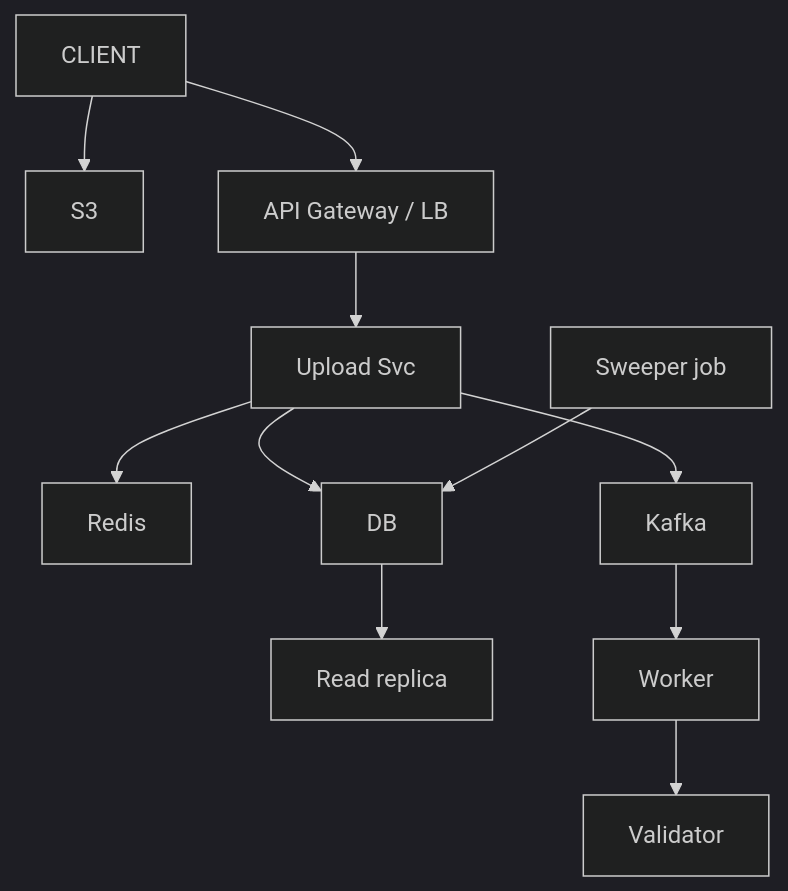
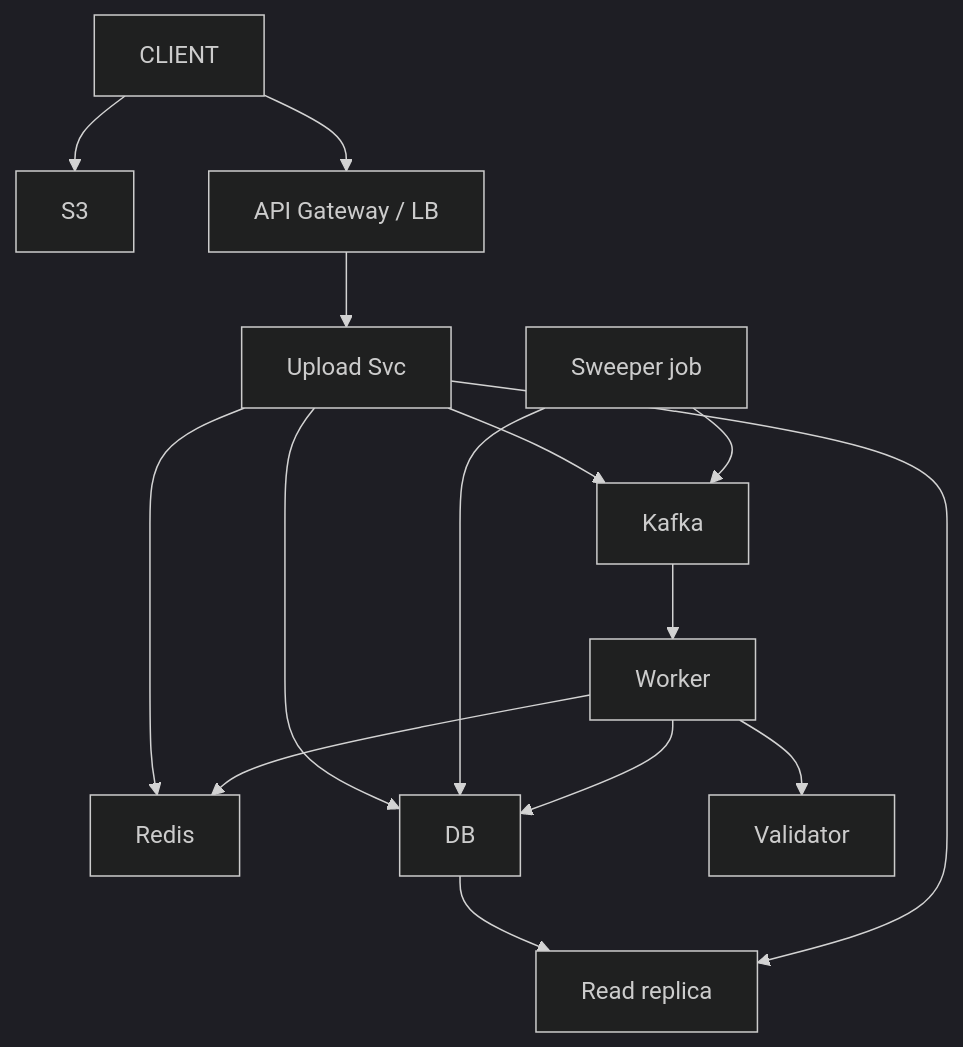
The sixth of 8 diagrams in 04_HLD/SYSTEM_DESIGNS/07_file_upload_validate_system/07_file_upload_INTERVIEW.md (ArpanMaheshwari144/Prep), drawn with Mermaid (dark theme) before and after one commit. The commit also changed other lines of this file and 12 other files, not shown here.

````diff
--- a/04_HLD/SYSTEM_DESIGNS/07_file_upload_validate_system/07_file_upload_INTERVIEW.md
+++ b/04_HLD/SYSTEM_DESIGNS/07_file_upload_validate_system/07_file_upload_INTERVIEW.md
@@ -313,24 +321,28 @@
 ```mermaid
 flowchart TD
     n_CLIENT["CLIENT"]
     n_S3["S3"]
     n_API_Gateway_LB["API Gateway / LB"]
     n_Upload_Svc["Upload Svc"]
     n_Redis["Redis"]
     n_DB["DB"]
     n_Read_replica["Read replica"]
     n_Sweeper_job["Sweeper job"]
     n_Kafka["Kafka"]
     n_Worker["Worker"]
     n_Validator["Validator"]
     n_CLIENT --> n_S3
     n_CLIENT --> n_API_Gateway_LB
     n_API_Gateway_LB --> n_Upload_Svc
     n_Upload_Svc --> n_Redis
     n_Upload_Svc --> n_DB
     n_Upload_Svc --> n_Kafka
     n_DB --> n_Read_replica
     n_Sweeper_job --> n_DB
     n_Kafka --> n_Worker
     n_Worker --> n_Validator
+    n_Worker --> n_DB
+    n_Worker --> n_Redis
+    n_Upload_Svc --> n_Read_replica
+    n_Sweeper_job --> n_Kafka
 ```
````
